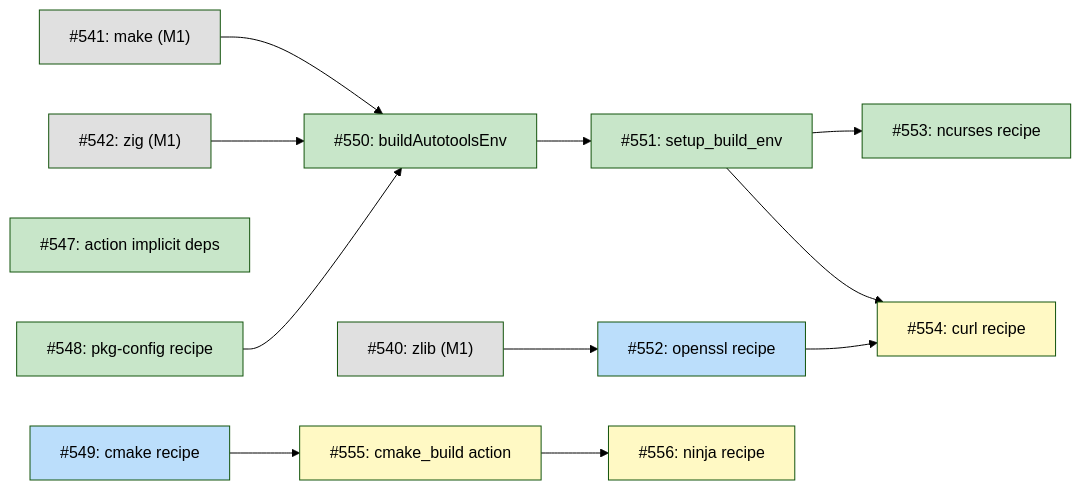
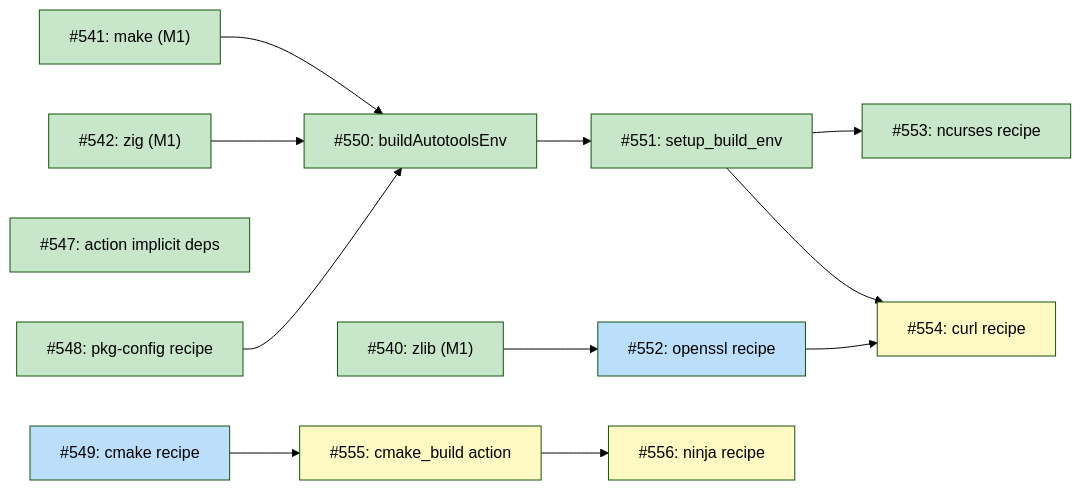
Before and after one commit to tsukumogami/tsuku: the second of 4 diagrams in docs/DESIGN-dependency-provisioning.md, drawn with Mermaid (forest theme). The commit also changed other lines of this file and 2 other files, not shown here.

Commit message:
feat(recipes): add openssl recipe and fix versioned formula support (#649)
- Add OpenSSL 3.x recipe to enable TLS/crypto support for dependent
tools
- Fix homebrew action to support versioned formulas (formulas with @
symbol like openssl@3)
- Update dependency diagram to reflect completed work

````diff
--- a/docs/DESIGN-dependency-provisioning.md
+++ b/docs/DESIGN-dependency-provisioning.md
@@ -62,37 +62,36 @@
 ```mermaid
 graph LR
     I540["#540: zlib (M1)"]
     I541["#541: make (M1)"]
     I542["#542: zig (M1)"]
     I547["#547: action implicit deps"]
     I548["#548: pkg-config recipe"]
     I549["#549: cmake recipe"]
     I550["#550: buildAutotoolsEnv"]
     I551["#551: setup_build_env"]
     I552["#552: openssl recipe"]
     I553["#553: ncurses recipe"]
     I554["#554: curl recipe"]
     I555["#555: cmake_build action"]
     I556["#556: ninja recipe"]
 
     I541 --> I550
     I542 --> I550
     I548 --> I550
     I550 --> I551
     I540 --> I552
     I551 --> I553
     I551 --> I554
     I552 --> I554
     I549 --> I555
     I555 --> I556
 
     classDef done fill:#c8e6c9
     classDef ready fill:#bbdefb
     classDef blocked fill:#fff9c4
     classDef external fill:#e0e0e0
 
-    class I540,I541,I542 external
-    class I547,I548,I550,I551,I553 done
+    class I540,I541,I542,I547,I548,I550,I551,I553 done
     class I549,I552 ready
     class I554,I555,I556 blocked
 ```
````
